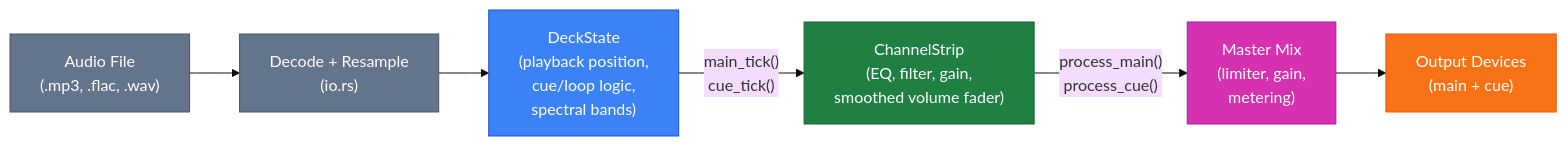
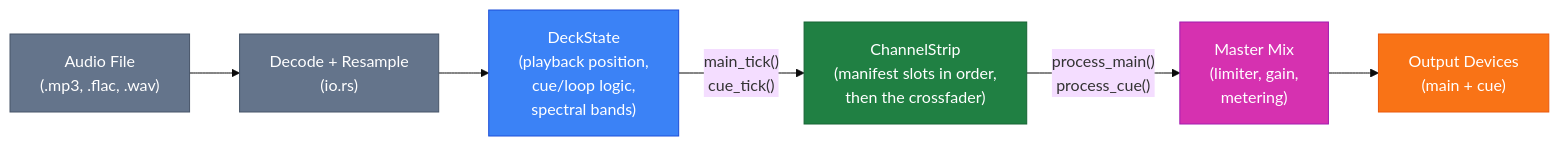
Before and after one commit to berrutti/beatmatcher: the second of 5 diagrams in architecture.md, drawn with Mermaid (base theme). The commit also changed other lines of this file and 115 other files, not shown here.

````diff
--- a/architecture.md
+++ b/architecture.md
@@ -41,21 +41,21 @@
 ```mermaid
 graph LR
     classDef io fill:#64748b,stroke:#475569,color:#fff
     classDef deck fill:#3b82f6,stroke:#1d4ed8,color:#fff
     classDef strip fill:#208043,stroke:#166534,color:#fff
     classDef master fill:#d631b0,stroke:#a21caf,color:#fff
     classDef out fill:#f97316,stroke:#ea580c,color:#fff
 
     File["Audio File\n(.mp3, .flac, .wav)"]:::io
     Decode["Decode + Resample\n(io.rs)"]:::io
     DeckState["DeckState\n(playback position,\ncue/loop logic,\nspectral bands)"]:::deck
-    ChannelStrip["ChannelStrip\n(EQ, filter, gain,\nsmoothed volume fader)"]:::strip
+    ChannelStrip["ChannelStrip\n(manifest slots in order,\nthen the crossfader)"]:::strip
     MasterMix["Master Mix\n(limiter, gain,\nmetering)"]:::master
     Outputs["Output Devices\n(main + cue)"]:::out
 
     File --> Decode
     Decode --> DeckState
     DeckState -- "main_tick()\ncue_tick()" --> ChannelStrip
     ChannelStrip -- "process_main()\nprocess_cue()" --> MasterMix
     MasterMix --> Outputs
 ```
````
